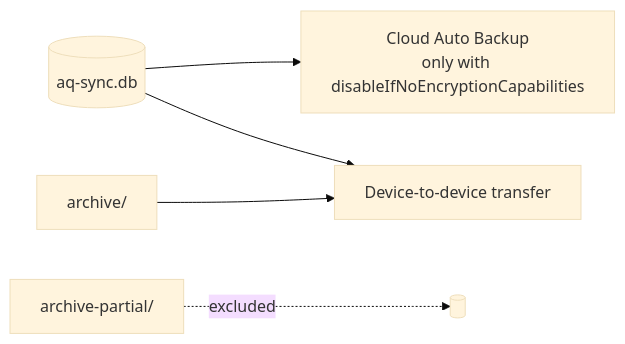
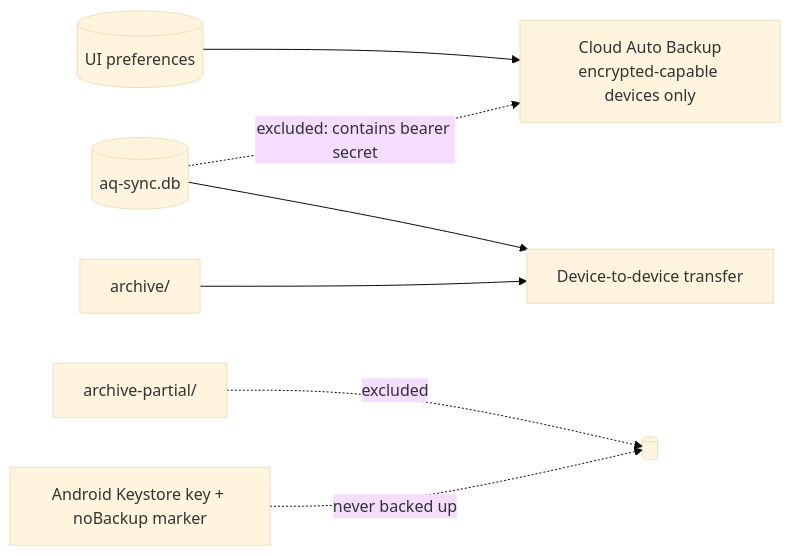
The second of 2 diagrams in docs/data-model.md (walkthru-earth/opensensor-space-mobile), drawn with Mermaid (base theme) before and after one commit. The commit also changed other lines of this file and 29 other files, not shown here.

````diff
--- a/docs/data-model.md
+++ b/docs/data-model.md
@@ -126,7 +136,9 @@
 ```mermaid
 flowchart LR
-  DB[(aq-sync.db)] --> C["Cloud Auto Backup<br/>only with disableIfNoEncryptionCapabilities"]
+  PREFS[(UI preferences)] --> C["Cloud Auto Backup<br/>encrypted-capable devices only"]
+  DB[(aq-sync.db)] -."excluded: contains bearer secret".-> C
   DB --> T["Device-to-device transfer"]
   AR["archive/"] --> T
   AP["archive-partial/"] -.excluded.-> X[( )]
+  KEY["Android Keystore key + noBackup marker"] -.never backed up.-> X
 ```
````
